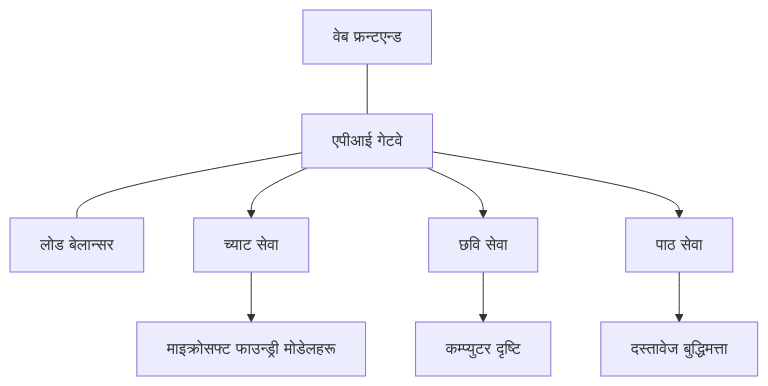
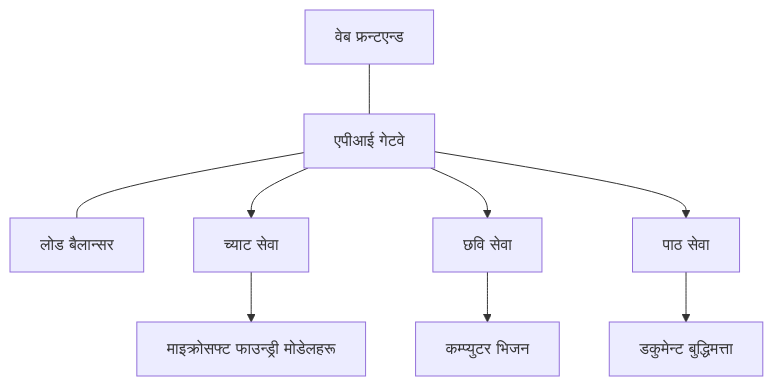
One commit to microsoft/AZD-for-beginners changed the diagram in translations/ne/docs/chapter-08-production/production-ai-practices.md. Above: the diagram before and after it, drawn with Mermaid. The commit also changed other lines of this file and 101 other files, not shown here.

````diff
--- a/translations/ne/docs/chapter-08-production/production-ai-practices.md
+++ b/translations/ne/docs/chapter-08-production/production-ai-practices.md
@@ -30,10 +30,10 @@
 ```mermaid
 graph TD
-    Frontend[वेब फ्रन्टएन्ड] --- Gateway[एपीआई गेटवे] --- LB[लोड बेलान्सर]
+    Frontend[वेब फ्रन्टएन्ड] --- Gateway[एपीआई गेटवे] --- LB[लोड बैलान्सर]
     Gateway --> Chat[च्याट सेवा]
     Gateway --> Image[छवि सेवा]
     Gateway --> Text[पाठ सेवा]
     Chat --> OpenAI[माइक्रोसफ्ट फाउन्ड्री मोडेलहरू]
-    Image --> Vision[कम्प्युटर दृष्टि]
-    Text --> DocIntel[दस्तावेज बुद्धिमत्ता]
+    Image --> Vision[कम्प्युटर भिजन]
+    Text --> DocIntel[डकुमेन्ट बुद्धिमत्ता]
 ```
````
